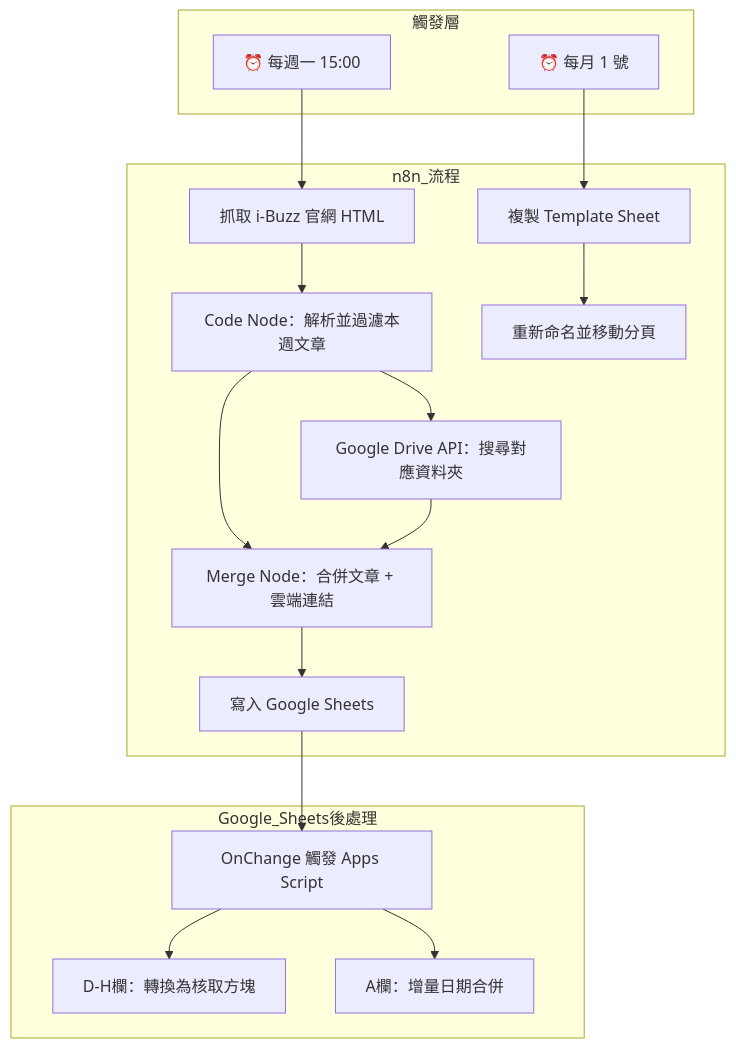
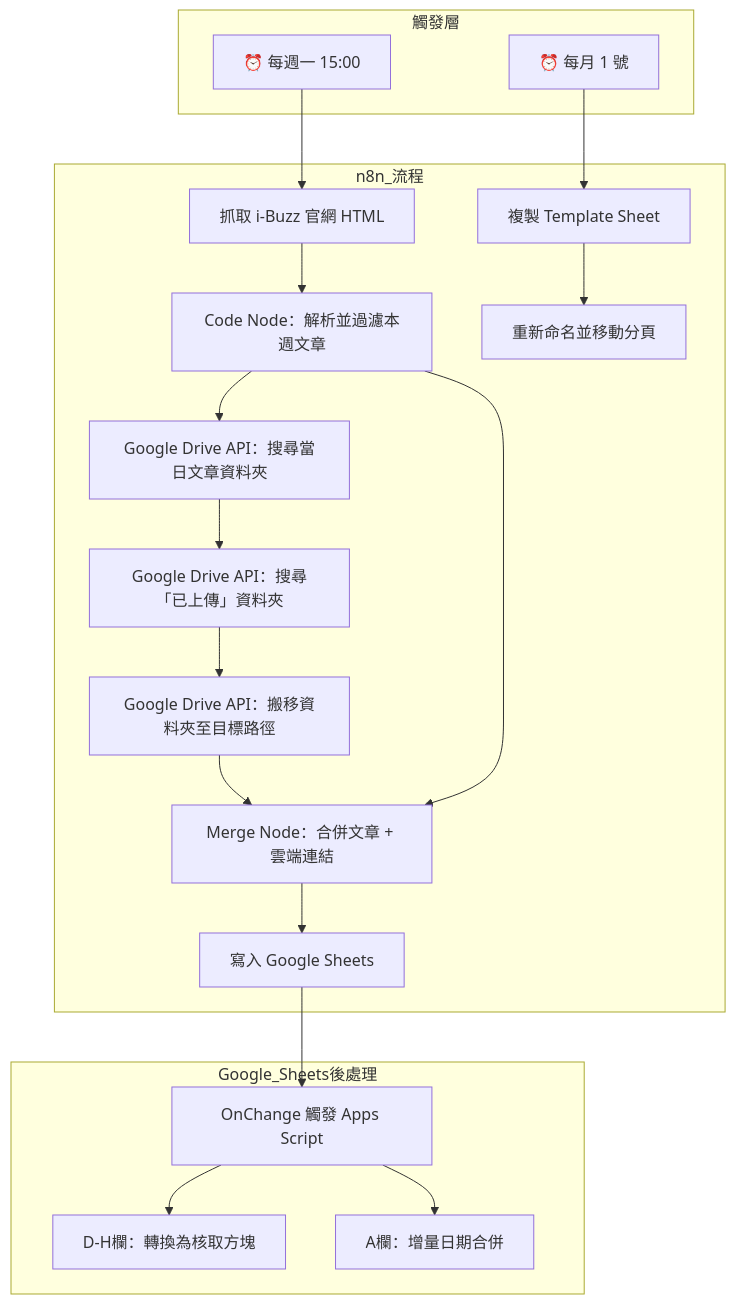
The first of 4 diagrams in operation_logic_report.md (uyang-03/n8n-autotypein), drawn with Mermaid before and after one commit. The commit also changed other lines of this file and 3 other files, not shown here.

````diff
--- a/operation_logic_report.md
+++ b/operation_logic_report.md
@@ -18,28 +18,30 @@
 ```mermaid
 graph TD
     subgraph 觸發層
         A1[⏰ 每週一 15:00]
         A2[⏰ 每月 1 號]
     end
 
     subgraph n8n_流程
         B[抓取 i-Buzz 官網 HTML]
         C[Code Node：解析並過濾本週文章]
-        D[Google Drive API：搜尋對應資料夾]
+        D[Google Drive API：搜尋當日文章資料夾]
+        D2[Google Drive API：搜尋「已上傳」資料夾]
+        D3[Google Drive API：搬移資料夾至目標路徑]
         E[Merge Node：合併文章 + 雲端連結]
         F[寫入 Google Sheets]
         G[複製 Template Sheet]
         H[重新命名並移動分頁]
     end
 
     subgraph Google_Sheets後處理
         I[OnChange 觸發 Apps Script]
         J[D-H欄：轉換為核取方塊]
         K[A欄：增量日期合併]
     end
 
-    A1 --> B --> C --> D
+    A1 --> B --> C --> D --> D2 --> D3 --> E
     C --> E
-    D --> E --> F --> I --> J & K
+    E --> F --> I --> J & K
     A2 --> G --> H
 ```
````
